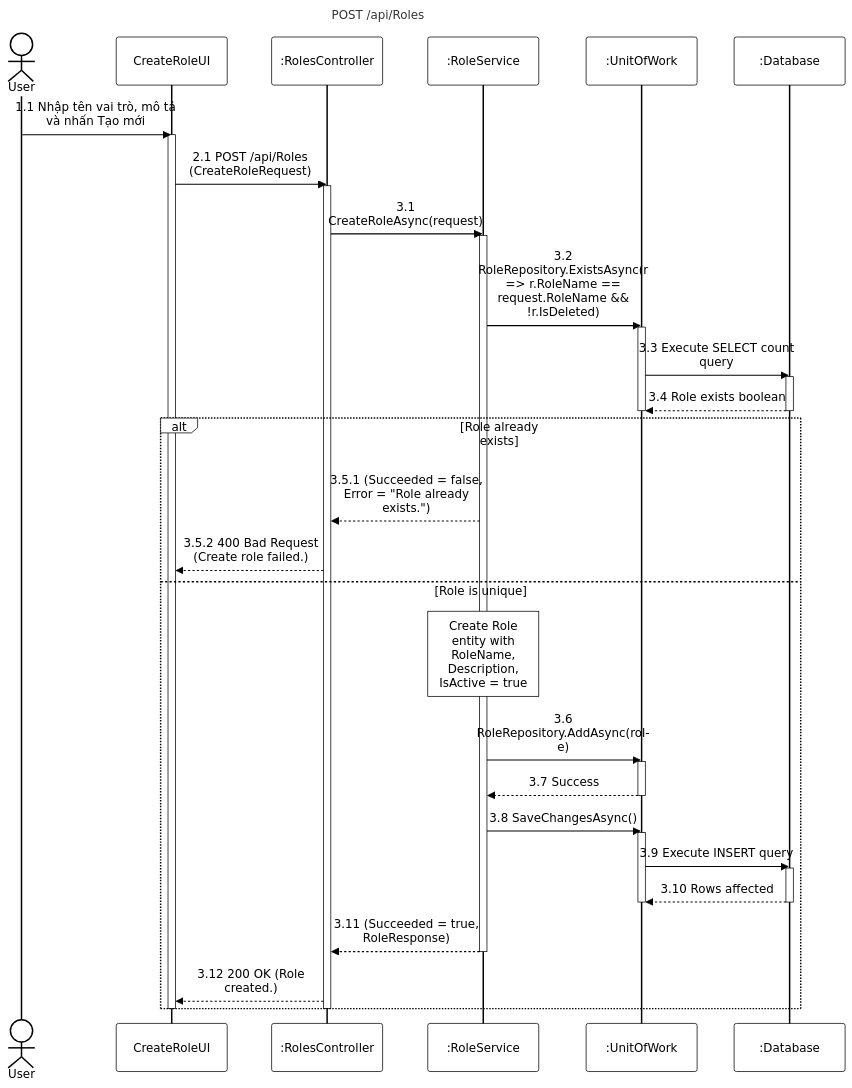
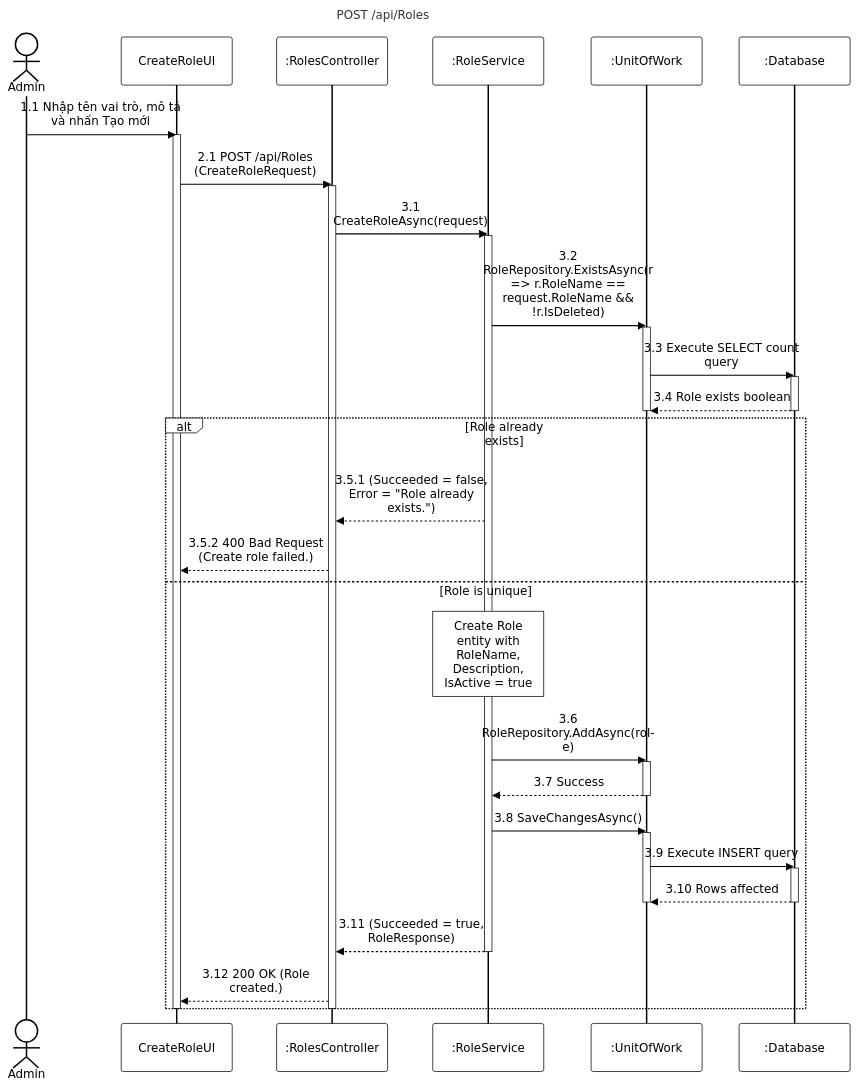
Before and after one commit to PhucAnDev/docx-diagram: the diagram in 02-user-role-management/sequence-diagram/apis/create-role.mmd, drawn with Mermaid. The commit also changed 1 other file, not shown here.

Commit message:
fix: update create-role diagram actor to Admin to sync with code update

```diff
--- a/02-user-role-management/sequence-diagram/apis/create-role.mmd
+++ b/02-user-role-management/sequence-diagram/apis/create-role.mmd
@@ -1,51 +1,51 @@
 %%{init: {'theme':'base', 'themeVariables': {'actorBkg':'#ffffff','actorBorder':'#000000','actorTextColor':'#000000','actorLineColor':'#000000','signalColor':'#000000','signalTextColor':'#000000','labelBoxBkgColor':'#ffffff','labelBoxBorderColor':'#000000','labelTextColor':'#000000','loopTextColor':'#000000','noteBkgColor':'#ffffff','noteBorderColor':'#000000','noteTextColor':'#000000','activationBorderColor':'#000000','activationBkgColor':'#ffffff','sequenceNumberColor':'#000000'}, 'sequence': {'width':150,'height':65,'actorFontSize':16,'messageFontSize':16,'wrap':true,'wrapPadding':10}}}%%
 sequenceDiagram
     title POST /api/Roles
-    actor User as User
+    actor Admin as Admin
     participant UI as CreateRoleUI
     participant Endpoint as :RolesController
     participant Service as :RoleService
     participant DB as :UnitOfWork
     participant Database as :Database
 
-    User->>UI: 1.1 Nhập tên vai trò, mô tả và nhấn Tạo mới
+    Admin->>UI: 1.1 Nhập tên vai trò, mô tả và nhấn Tạo mới
     activate UI
     UI->>Endpoint: 2.1 POST /api/Roles (CreateRoleRequest)
     activate Endpoint
 
     Endpoint->>Service: 3.1 CreateRoleAsync(request)
     activate Service
 
     Service->>DB: 3.2 RoleRepository.ExistsAsync(r => r.RoleName == request.RoleName && !r.IsDeleted)
     activate DB
     DB->>Database: 3.3 Execute SELECT count query
     activate Database
     Database-->>DB: 3.4 Role exists boolean
     deactivate Database
     deactivate DB
 
     alt Role already exists
         Service-->>Endpoint: 3.5.1 (Succeeded = false, Error = "Role already exists.")
         Endpoint-->>UI: 3.5.2 400 Bad Request (Create role failed.)
     else Role is unique
         note over Service: Create Role entity with RoleName, Description, IsActive = true
         
         Service->>DB: 3.6 RoleRepository.AddAsync(role)
         activate DB
         DB-->>Service: 3.7 Success
         deactivate DB
 
         Service->>DB: 3.8 SaveChangesAsync()
         activate DB
         DB->>Database: 3.9 Execute INSERT query
         activate Database
         Database-->>DB: 3.10 Rows affected
         deactivate Database
         deactivate DB
 
         Service-->>Endpoint: 3.11 (Succeeded = true, RoleResponse)
         deactivate Service
         Endpoint-->>UI: 3.12 200 OK (Role created.)
     end
     deactivate Endpoint
     deactivate UI
```
